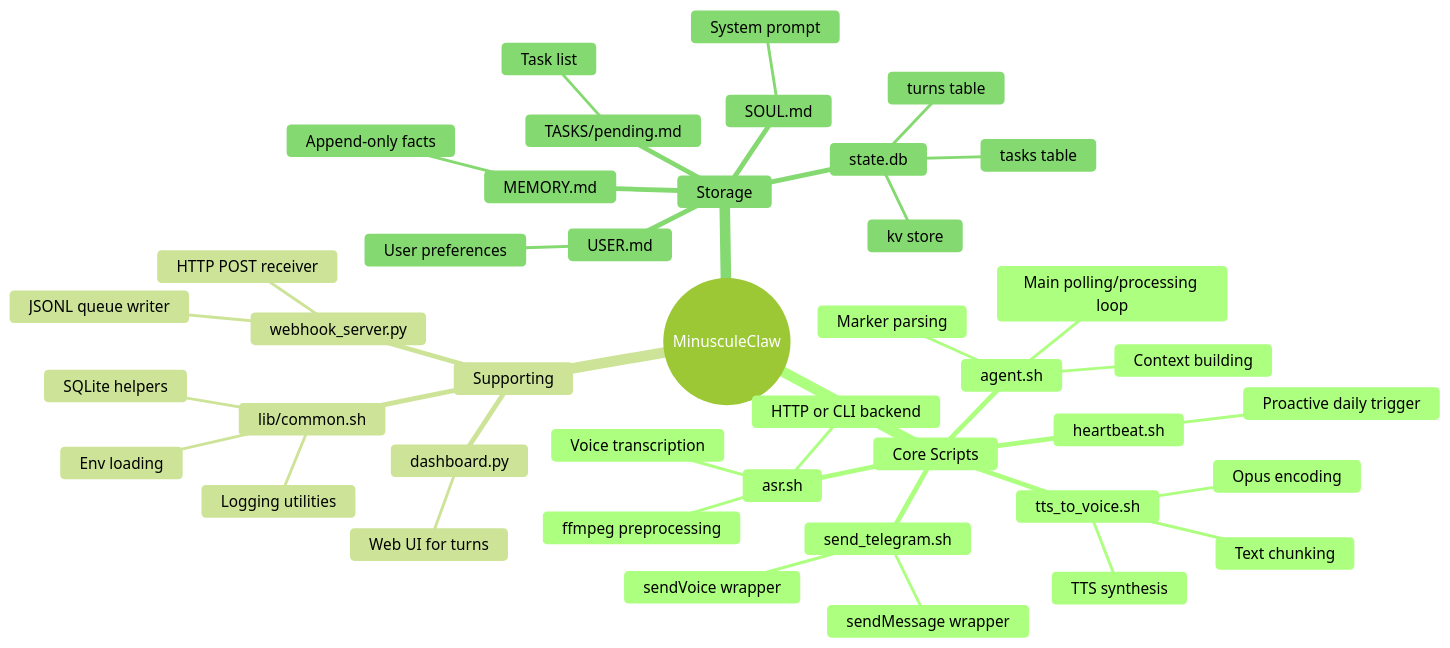
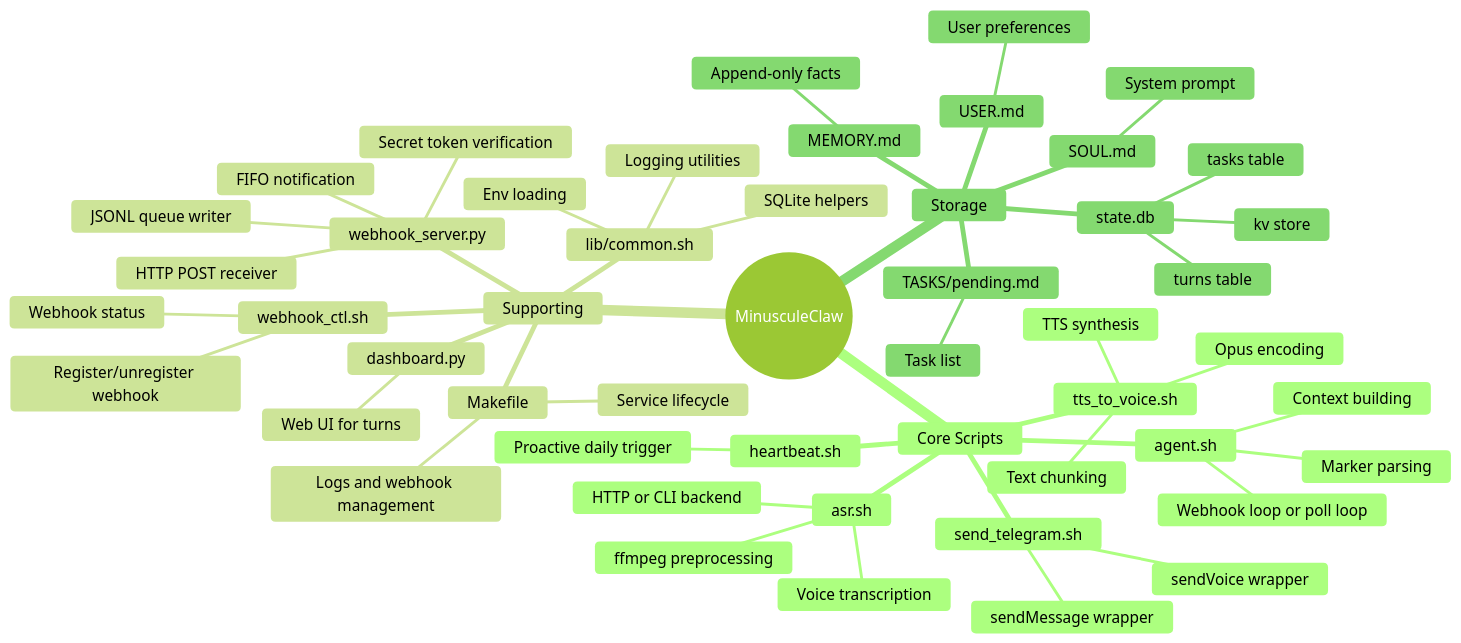
The eighth of 9 diagrams in README.md (lsj5031/ShellClaw), drawn with Mermaid (forest theme) before and after one commit. The commit also changed other lines of this file and 8 other files, not shown here.

````diff
--- a/README.md
+++ b/README.md
@@ -308,45 +322,53 @@
 ```mermaid
 mindmap
   root((MinusculeClaw))
     Core Scripts
       agent.sh
-        Main polling/processing loop
+        Webhook loop or poll loop
         Context building
         Marker parsing
       asr.sh
         Voice transcription
         ffmpeg preprocessing
         HTTP or CLI backend
       tts_to_voice.sh
         Text chunking
         TTS synthesis
         Opus encoding
       send_telegram.sh
         sendMessage wrapper
         sendVoice wrapper
       heartbeat.sh
         Proactive daily trigger
     Supporting
       lib/common.sh
         Env loading
         SQLite helpers
         Logging utilities
       webhook_server.py
         HTTP POST receiver
+        Secret token verification
+        FIFO notification
         JSONL queue writer
+      webhook_ctl.sh
+        Register/unregister webhook
+        Webhook status
       dashboard.py
         Web UI for turns
+      Makefile
+        Service lifecycle
+        Logs and webhook management
     Storage
       state.db
         turns table
         tasks table
         kv store
       MEMORY.md
         Append-only facts
       TASKS/pending.md
         Task list
       SOUL.md
         System prompt
       USER.md
         User preferences
 ```
````
